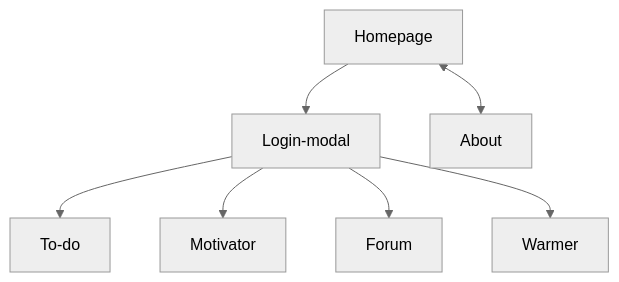
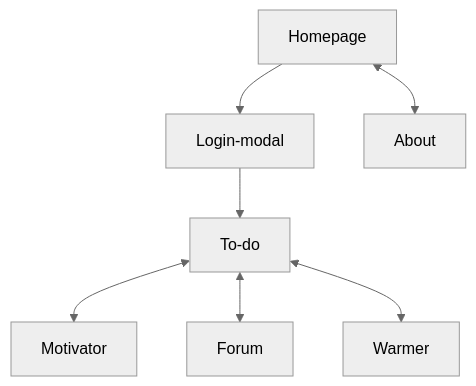
The diagram in README.md (thelittlemitak/portfolio), drawn with Mermaid (neutral theme) before and after one commit. The commit also changed other lines of this file, not shown here.

````diff
--- a/README.md
+++ b/README.md
@@ -8,10 +7,10 @@
 ```mermaid
 
 graph TD;
     Homepage-->Login-modal;
     Homepage<-->About;
     Login-modal-->To-do;
-    Login-modal-->Motivator;
-    Login-modal-->Forum;
-    Login-modal-->Warmer;
+    To-do<-->Motivator;
+    To-do<-->Forum;
+    To-do<-->Warmer;
 ```
````
